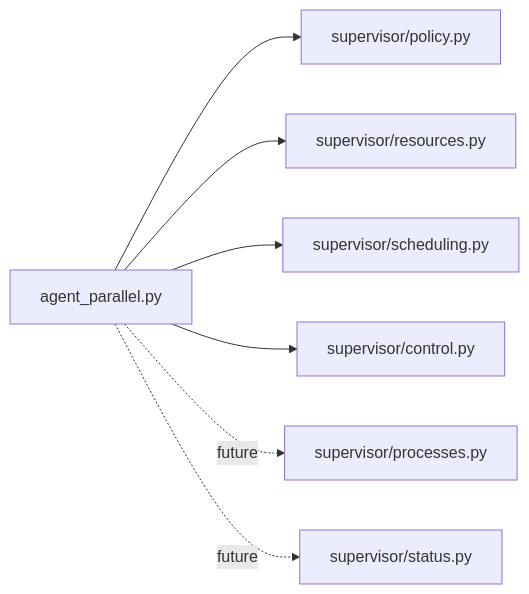
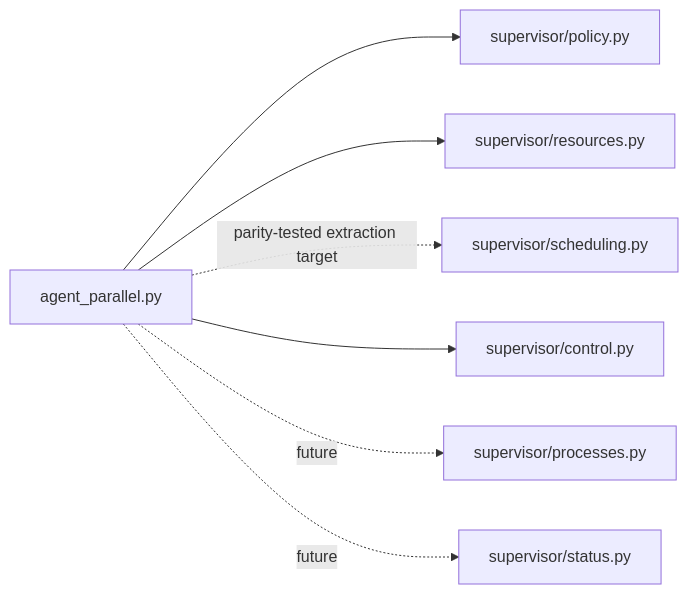
The third of 4 diagrams in docs/ARCHITECTURE.md (MichalMatu/local-agent), drawn with Mermaid before and after one commit. The commit also changed other lines of this file, not shown here.

Commit message:
Document parity-tested scheduling extraction boundary

````diff
--- a/docs/ARCHITECTURE.md
+++ b/docs/ARCHITECTURE.md
@@ -145,10 +147,10 @@
 ```mermaid
 flowchart LR
     Orchestrator["agent_parallel.py"]
     Orchestrator --> Policy["supervisor/policy.py"]
     Orchestrator --> Resources["supervisor/resources.py"]
-    Orchestrator --> Scheduling["supervisor/scheduling.py"]
+    Orchestrator -.parity-tested extraction target.-> Scheduling["supervisor/scheduling.py"]
     Orchestrator --> Control["supervisor/control.py"]
     Orchestrator -.future.-> Processes["supervisor/processes.py"]
     Orchestrator -.future.-> Status["supervisor/status.py"]
 ```
````
